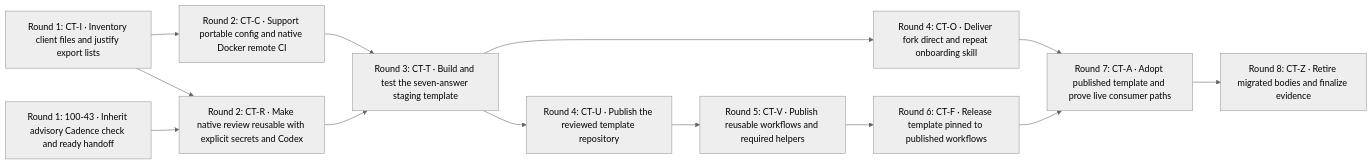
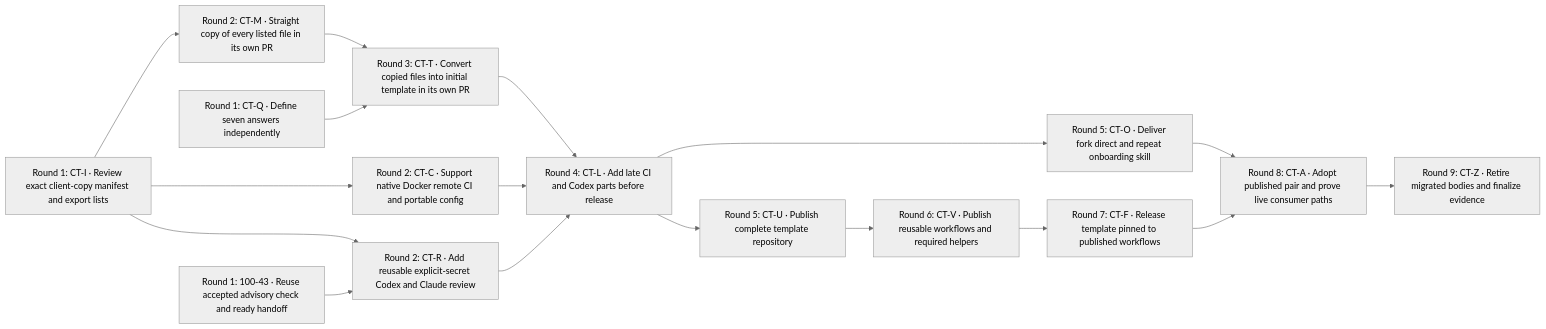
One commit to 1000lines/symphony-example changed the diagram in docs/symphony-plans/fan-out-plan-100-39-client-template.md. Above: the diagram before and after it, drawn with Mermaid (neutral theme). The commit also changed other lines of this file and 4 other files, not shown here.

Commit message:
[100-39]: separate template copying and parallel answer setup

````diff
--- a/docs/symphony-plans/fan-out-plan-100-39-client-template.md
+++ b/docs/symphony-plans/fan-out-plan-100-39-client-template.md
@@ -118,27 +138,34 @@
 ```mermaid
 %% symphony-dag/v1
 flowchart LR
-  I["Round 1: CT-I · Inventory client files and justify export lists"]
-  CHECK["Round 1: 100-43 · Inherit advisory Cadence check and ready handoff"]
-  C["Round 2: CT-C · Support portable config and native Docker remote CI"]
-  R["Round 2: CT-R · Make native review reusable with explicit secrets and Codex"]
-  T["Round 3: CT-T · Build and test the seven-answer staging template"]
-  O["Round 4: CT-O · Deliver fork direct and repeat onboarding skill"]
-  U["Round 4: CT-U · Publish the reviewed template repository"]
-  V["Round 5: CT-V · Publish reusable workflows and required helpers"]
-  F["Round 6: CT-F · Release template pinned to published workflows"]
-  A["Round 7: CT-A · Adopt published template and prove live consumer paths"]
-  Z["Round 8: CT-Z · Retire migrated bodies and finalize evidence"]
+  I["Round 1: CT-I · Review exact client-copy manifest and export lists"]
+  Q["Round 1: CT-Q · Define seven answers independently"]
+  CHECK["Round 1: 100-43 · Reuse accepted advisory check and ready handoff"]
+  M["Round 2: CT-M · Straight copy of every listed file in its own PR"]
+  C["Round 2: CT-C · Support native Docker remote CI and portable config"]
+  R["Round 2: CT-R · Add reusable explicit-secret Codex and Claude review"]
+  T["Round 3: CT-T · Convert copied files into initial template in its own PR"]
+  L["Round 4: CT-L · Add late CI and Codex parts before release"]
+  O["Round 5: CT-O · Deliver fork direct and repeat onboarding skill"]
+  U["Round 5: CT-U · Publish complete template repository"]
+  V["Round 6: CT-V · Publish reusable workflows and required helpers"]
+  F["Round 7: CT-F · Release template pinned to published workflows"]
+  A["Round 8: CT-A · Adopt published pair and prove live consumer paths"]
+  Z["Round 9: CT-Z · Retire migrated bodies and finalize evidence"]
+  I --> M
   I --> C
   I --> R
   CHECK --> R
-  C --> T
-  R --> T
-  T --> O
-  T --> U
+  M --> T
+  Q --> T
+  T --> L
+  C --> L
+  R --> L
+  L --> O
+  L --> U
   U --> V
   V --> F
   O --> A
   F --> A
   A --> Z
 ```
````
